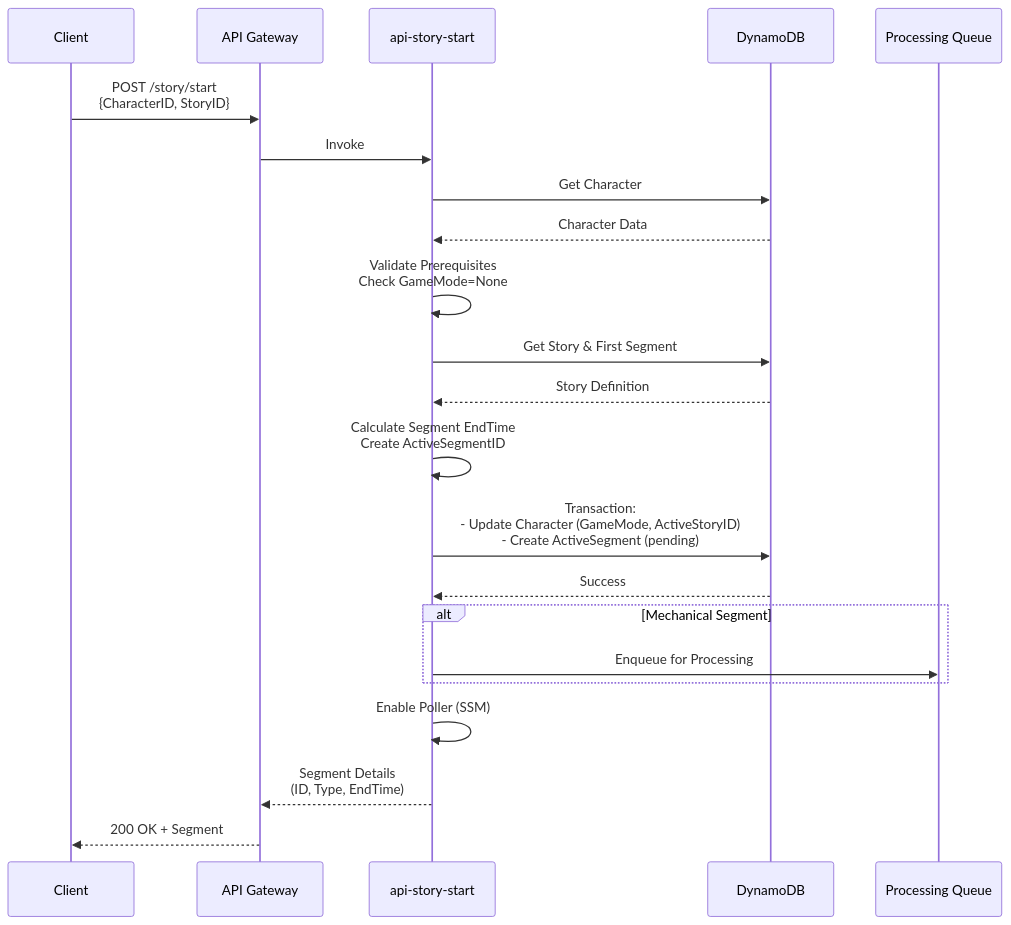
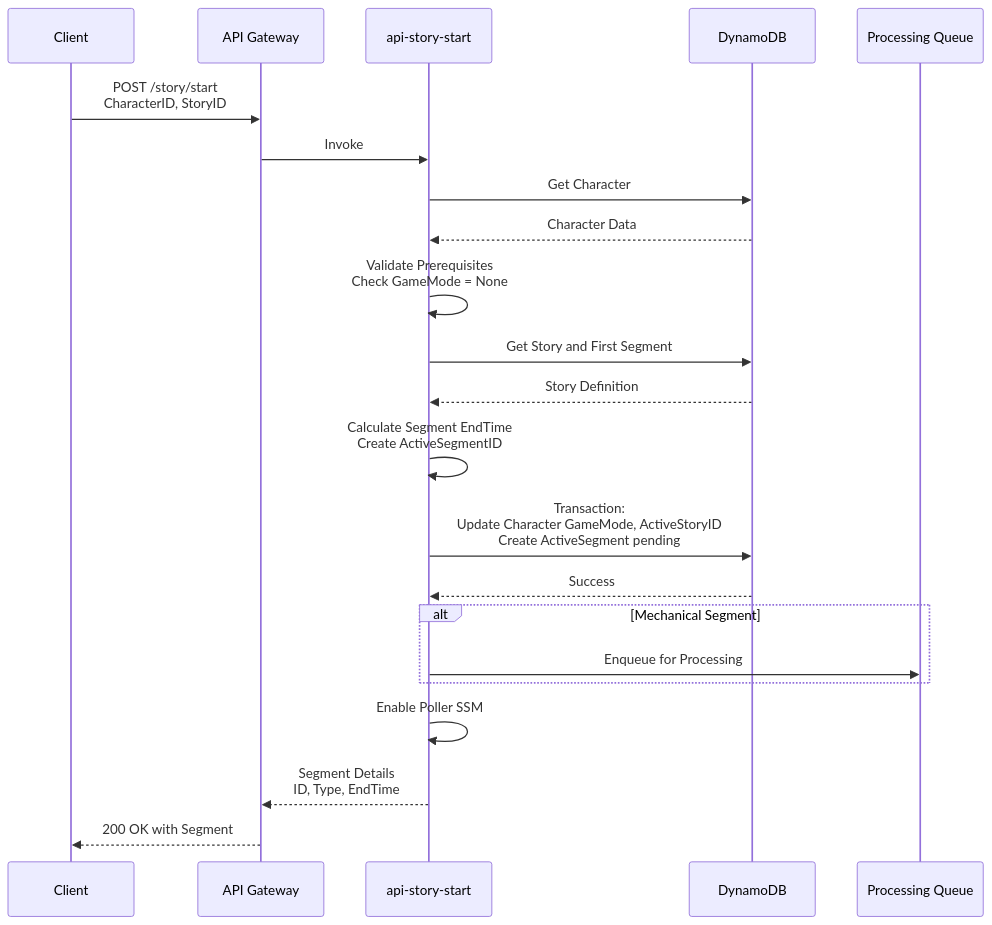
Before and after one commit to darkrelics/eidolon-engine: the seventh of 14 diagrams in documentation/incremental-architecture-diagrams.md, drawn with Mermaid. The commit also changed other lines of this file, not shown here.

````diff
--- a/documentation/incremental-architecture-diagrams.md
+++ b/documentation/incremental-architecture-diagrams.md
@@ -270,33 +284,33 @@
 ```mermaid
 sequenceDiagram
     participant C as Client
     participant API as API Gateway
     participant Lambda as api-story-start
     participant DDB as DynamoDB
     participant SQS as Processing Queue
 
-    C->>API: POST /story/start<br/>{CharacterID, StoryID}
+    C->>API: POST /story/start<br/>CharacterID, StoryID
     API->>Lambda: Invoke
 
     Lambda->>DDB: Get Character
     DDB-->>Lambda: Character Data
 
-    Lambda->>Lambda: Validate Prerequisites<br/>Check GameMode=None
+    Lambda->>Lambda: Validate Prerequisites<br/>Check GameMode = None
 
-    Lambda->>DDB: Get Story & First Segment
+    Lambda->>DDB: Get Story and First Segment
     DDB-->>Lambda: Story Definition
 
     Lambda->>Lambda: Calculate Segment EndTime<br/>Create ActiveSegmentID
 
-    Lambda->>DDB: Transaction:<br/>- Update Character (GameMode, ActiveStoryID)<br/>- Create ActiveSegment (pending)
+    Lambda->>DDB: Transaction:<br/>Update Character GameMode, ActiveStoryID<br/>Create ActiveSegment pending
     DDB-->>Lambda: Success
 
     alt Mechanical Segment
         Lambda->>SQS: Enqueue for Processing
     end
 
-    Lambda->>Lambda: Enable Poller (SSM)
+    Lambda->>Lambda: Enable Poller SSM
 
-    Lambda-->>API: Segment Details<br/>(ID, Type, EndTime)
-    API-->>C: 200 OK + Segment
+    Lambda-->>API: Segment Details<br/>ID, Type, EndTime
+    API-->>C: 200 OK with Segment
 ```
````
